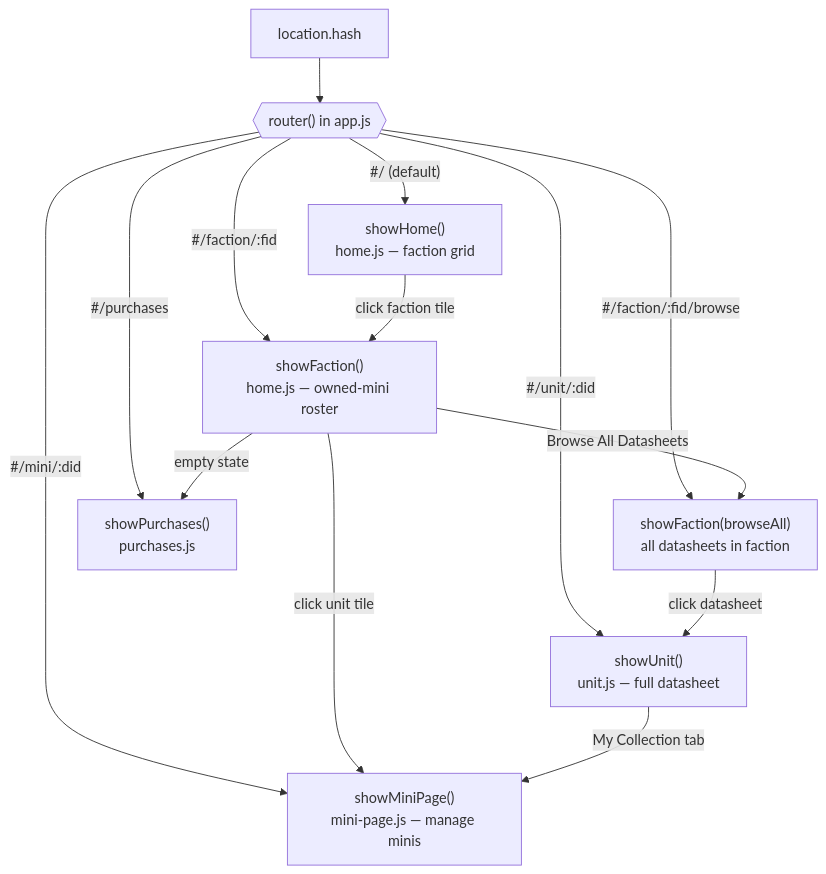
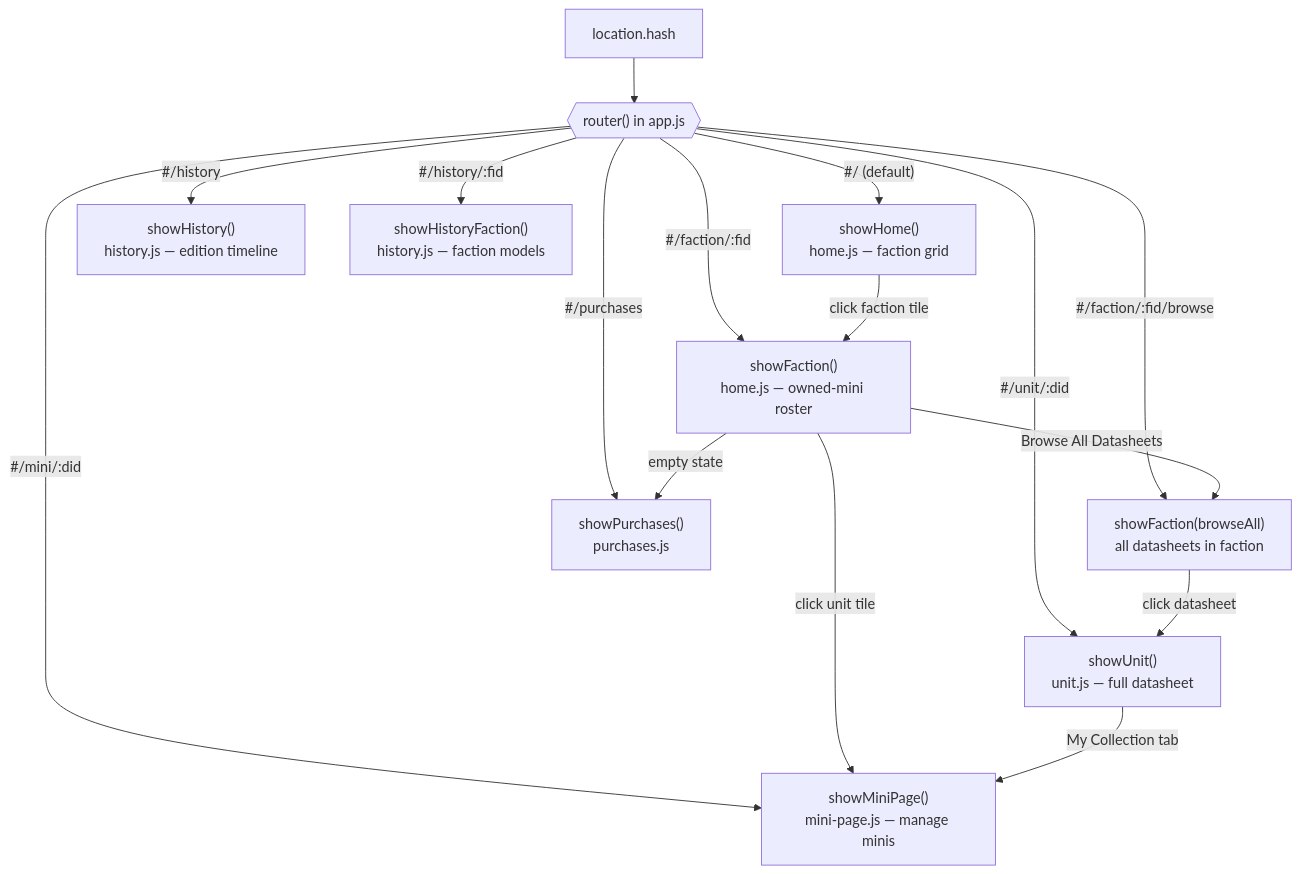
One commit to Unfunded8495/Codex-Armorum changed the third of 12 diagrams in CODEX_ARMORUM_APP_MAP.md. Above: the diagram before and after it, drawn with Mermaid. The commit also changed other lines of this file and 14 other files, not shown here.

````diff
--- a/CODEX_ARMORUM_APP_MAP.md
+++ b/CODEX_ARMORUM_APP_MAP.md
@@ -134,17 +137,19 @@
 ```mermaid
 flowchart TD
     H["location.hash"] --> R{{"router() in app.js"}}
     R -->|"#/ (default)"| HOME["showHome()<br/>home.js — faction grid"]
     R -->|"#/faction/:fid"| FAC["showFaction()<br/>home.js — owned-mini roster"]
     R -->|"#/faction/:fid/browse"| BROWSE["showFaction(browseAll)<br/>all datasheets in faction"]
     R -->|"#/unit/:did"| UNIT["showUnit()<br/>unit.js — full datasheet"]
     R -->|"#/mini/:did"| MINI["showMiniPage()<br/>mini-page.js — manage minis"]
     R -->|"#/purchases"| PUR["showPurchases()<br/>purchases.js"]
+    R -->|"#/history"| HIST["showHistory()<br/>history.js — edition timeline"]
+    R -->|"#/history/:fid"| HISTF["showHistoryFaction()<br/>history.js — faction models"]
 
     HOME -->|click faction tile| FAC
     FAC -->|click unit tile| MINI
     FAC -->|Browse All Datasheets| BROWSE
     BROWSE -->|click datasheet| UNIT
     UNIT -->|My Collection tab| MINI
     FAC -->|empty state| PUR
 ```
````
